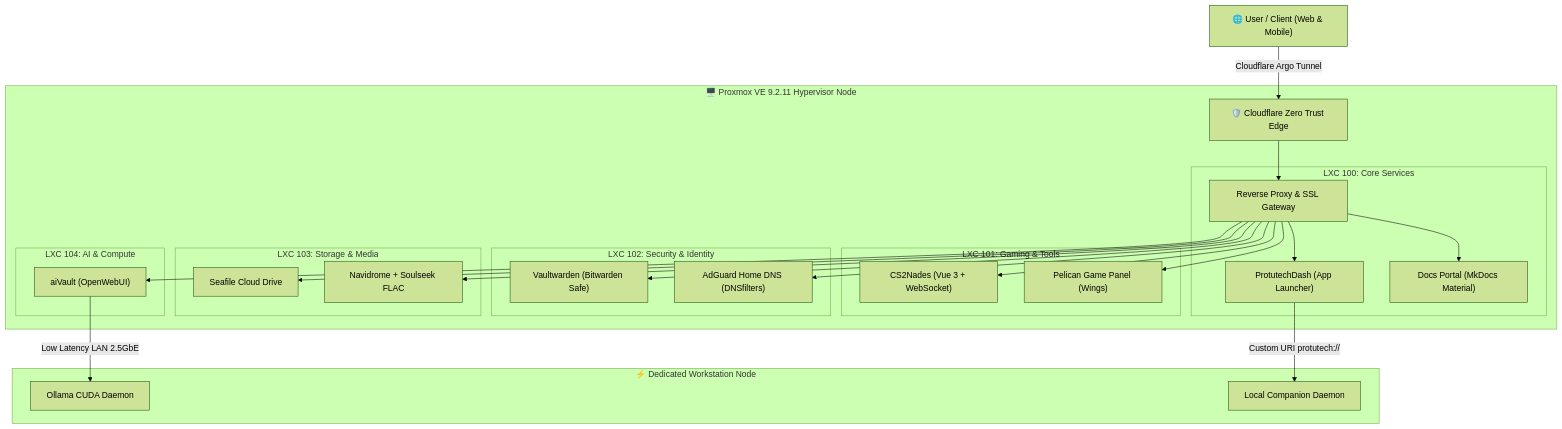
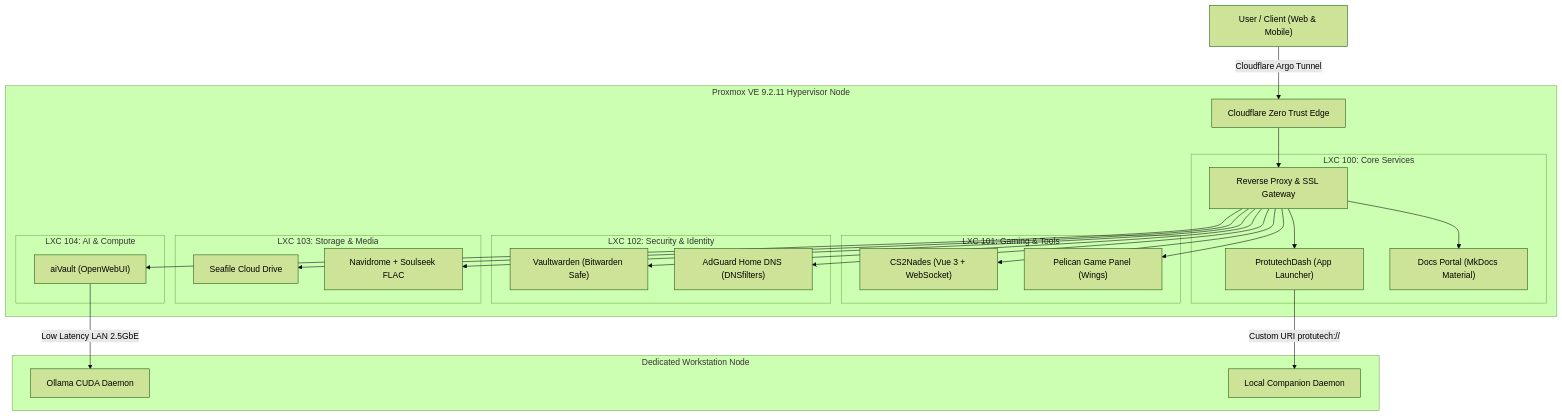
One commit to IAndrexI/documentation changed the diagram in docs/index.md. Above: the diagram before and after it, drawn with Mermaid (forest theme). The commit also changed other lines of this file and 40 other files, not shown here.

Commit message:
feat: hide git stars/branches, collapse subcategories until tab selected, add high-res architecture SVG, auto-update script, basic monochrome glyphs, and line-by-line recreation blueprints with summaries

````diff
--- a/docs/index.md
+++ b/docs/index.md
@@ -11,37 +13,37 @@
 ```mermaid
 graph TD
-    User["🌐 User / Client (Web & Mobile)"] -->|Cloudflare Argo Tunnel| CF["🛡️ Cloudflare Zero Trust Edge"]
+    User["User / Client (Web & Mobile)"] -->|Cloudflare Argo Tunnel| CF["Cloudflare Zero Trust Edge"]
     
-    subgraph ProxmoxVE["🖥️ Proxmox VE 9.2.11 Hypervisor Node"]
+    subgraph ProxmoxVE["Proxmox VE 9.2.11 Hypervisor Node"]
         CF --> NginxIngress["Reverse Proxy & SSL Gateway"]
         
         subgraph LXC_Core["LXC 100: Core Services"]
             NginxIngress --> Dash["ProtutechDash (App Launcher)"]
             NginxIngress --> Docs["Docs Portal (MkDocs Material)"]
         end
 
         subgraph LXC_Gaming["LXC 101: Gaming & Tools"]
             NginxIngress --> CS2["CS2Nades (Vue 3 + WebSocket)"]
             NginxIngress --> Pelican["Pelican Game Panel (Wings)"]
         end
 
         subgraph LXC_Security["LXC 102: Security & Identity"]
             NginxIngress --> VW["Vaultwarden (Bitwarden Safe)"]
             NginxIngress --> AG["AdGuard Home DNS (DNSfilters)"]
         end
 
         subgraph LXC_Data["LXC 103: Storage & Media"]
             NginxIngress --> Seafile["Seafile Cloud Drive"]
             NginxIngress --> Navi["Navidrome + Soulseek FLAC"]
         end
 
         subgraph LXC_AI["LXC 104: AI & Compute"]
             NginxIngress --> aiVault["aiVault (OpenWebUI)"]
         end
     end
 
-    subgraph GPU_Node["⚡ Dedicated Workstation Node"]
+    subgraph GPU_Node["Dedicated Workstation Node"]
         aiVault -->|Low Latency LAN 2.5GbE| Ollama["Ollama CUDA Daemon"]
         Dash -->|Custom URI protutech://| Bridge["Local Companion Daemon"]
     end
 ```
````
